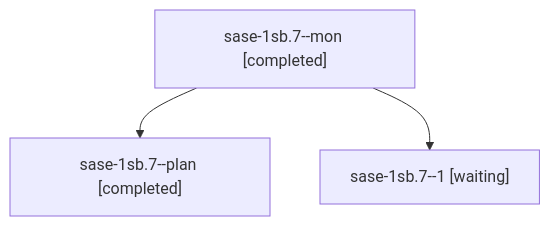
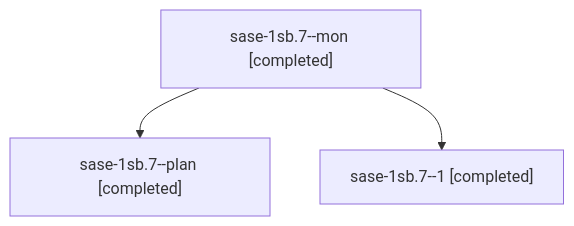
The diagram in sessions/bbugyi200.athena.sase-1sb.7.md (sase-org/sase--agents), drawn with Mermaid before and after one commit. The commit also changed other lines of this file and 45 other files, not shown here.

````diff
--- a/sessions/bbugyi200.athena.sase-1sb.7.md
+++ b/sessions/bbugyi200.athena.sase-1sb.7.md
@@ -9,8 +9,8 @@
 ```mermaid
 flowchart TD
   n0["sase-1sb.7--mon [completed]"]
   n1["sase-1sb.7--plan [completed]"]
   n0 --> n1
-  n2["sase-1sb.7--1 [waiting]"]
+  n2["sase-1sb.7--1 [completed]"]
   n0 --> n2
 ```
````
